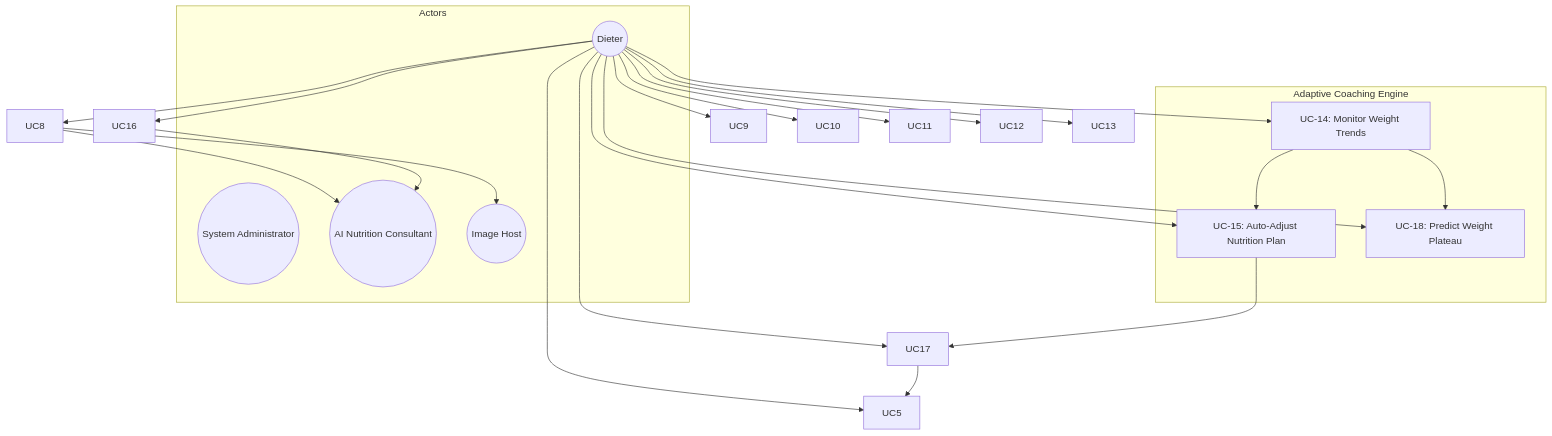
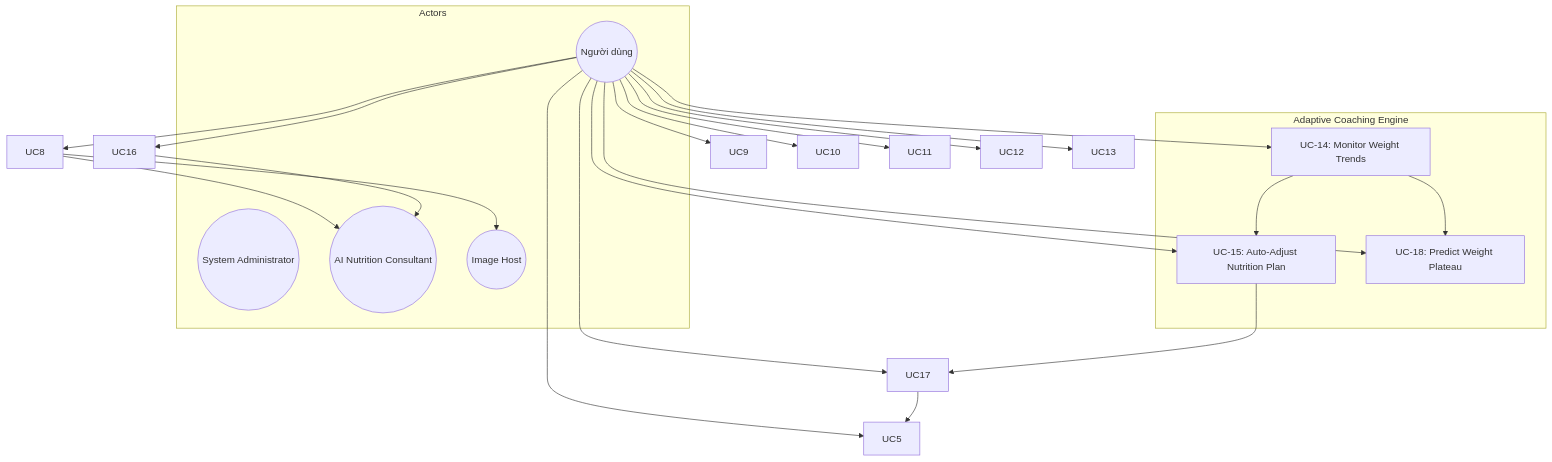
One commit to MinhTriet0612/CalAIClone changed the first of 7 diagrams in docs/USE_CASES.md. Above: the diagram before and after it, drawn with Mermaid. The commit also changed other lines of this file and 18 other files, not shown here.

````diff
--- a/docs/USE_CASES.md
+++ b/docs/USE_CASES.md
@@ -5,36 +5,36 @@
 ```mermaid
 graph TB
     subgraph Actors
-        D((Dieter))
+        D((Người dùng))
         SA((System Administrator))
         AI((AI Nutrition Consultant))
         IMG((Image Host))
     end
 
     subgraph "Adaptive Coaching Engine"
         UC14[UC-14: Monitor Weight Trends]
         UC15[UC-15: Auto-Adjust Nutrition Plan]
         UC18[UC-18: Predict Weight Plateau]
     end
 
     D --> UC5
     D --> UC8
     D --> UC9
     D --> UC10
     D --> UC11
     D --> UC12
     D --> UC13
     D --> UC16
     D --> UC17
     D --> UC14
     D --> UC15
     D --> UC18
 
     UC8 --> AI
     UC8 --> IMG
     UC16 --> AI
     UC17 --> UC5
     UC15 --> UC17
     UC14 --> UC15
     UC14 --> UC18
 ```
````
